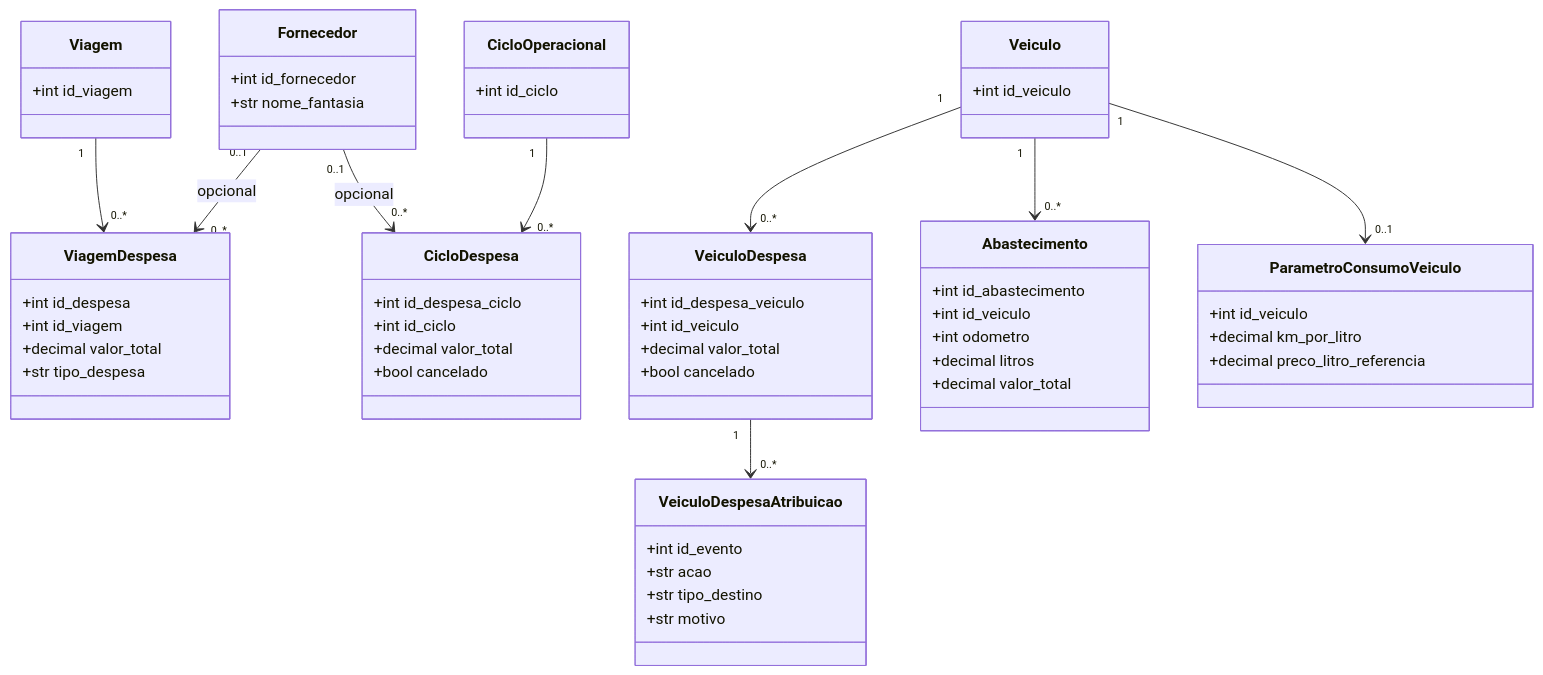
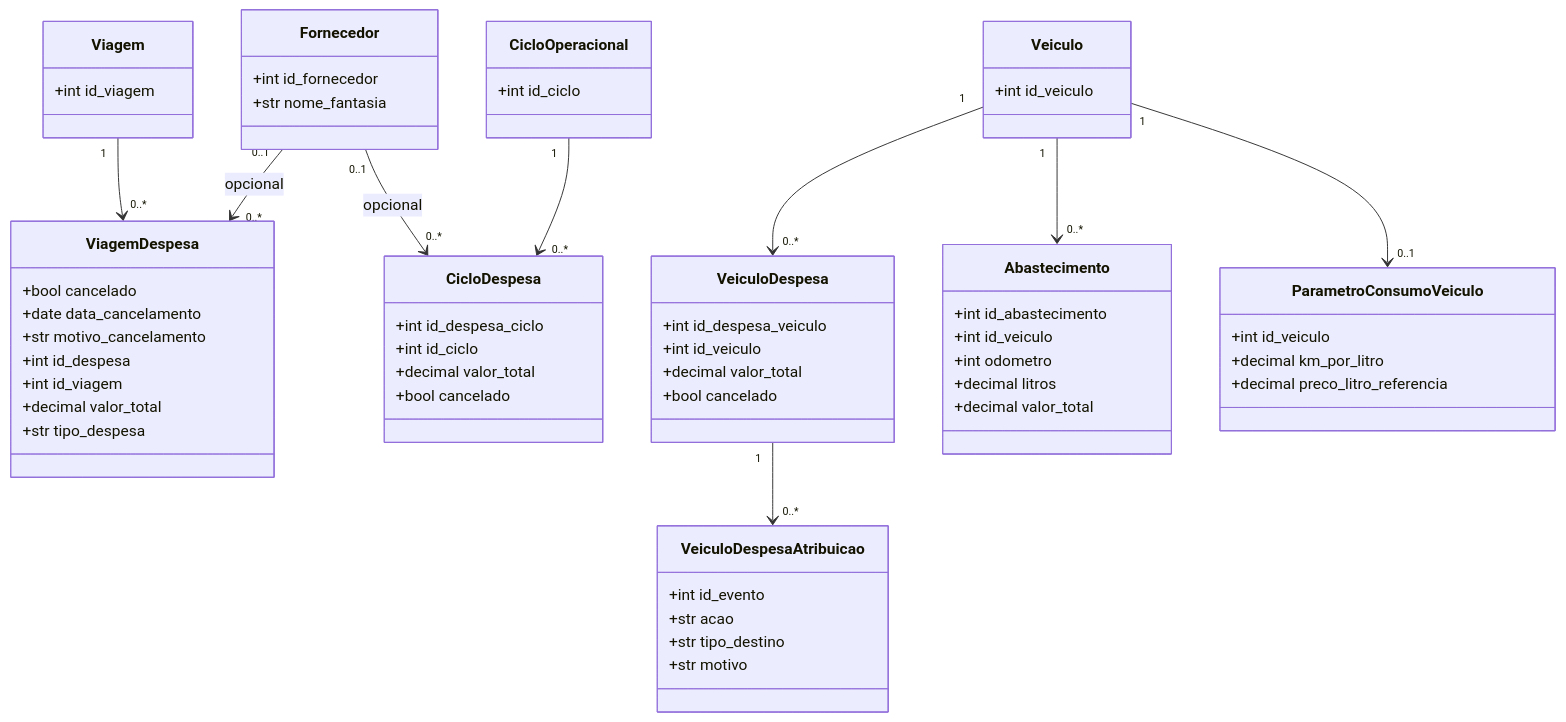
One commit to felpontes98/faeg-logistica-app changed the second of 2 diagrams in docs/diagramas/classes.md. Above: the diagram before and after it, drawn with Mermaid. The commit also changed 33 other files, not shown here.

````diff
--- a/docs/diagramas/classes.md
+++ b/docs/diagramas/classes.md
@@ -87,60 +87,63 @@
 ```mermaid
 classDiagram
     class ViagemDespesa {
+      +bool cancelado
+      +date data_cancelamento
+      +str motivo_cancelamento
       +int id_despesa
       +int id_viagem
       +decimal valor_total
       +str tipo_despesa
     }
     class CicloDespesa {
       +int id_despesa_ciclo
       +int id_ciclo
       +decimal valor_total
       +bool cancelado
     }
     class VeiculoDespesa {
       +int id_despesa_veiculo
       +int id_veiculo
       +decimal valor_total
       +bool cancelado
     }
     class VeiculoDespesaAtribuicao {
       +int id_evento
       +str acao
       +str tipo_destino
       +str motivo
     }
     class Abastecimento {
       +int id_abastecimento
       +int id_veiculo
       +int odometro
       +decimal litros
       +decimal valor_total
     }
     class ParametroConsumoVeiculo {
       +int id_veiculo
       +decimal km_por_litro
       +decimal preco_litro_referencia
     }
     class Fornecedor {
       +int id_fornecedor
       +str nome_fantasia
     }
     class Viagem {
       +int id_viagem
     }
     class CicloOperacional {
       +int id_ciclo
     }
     class Veiculo {
       +int id_veiculo
     }
     Viagem "1" --> "0..*" ViagemDespesa
     CicloOperacional "1" --> "0..*" CicloDespesa
     Veiculo "1" --> "0..*" VeiculoDespesa
     VeiculoDespesa "1" --> "0..*" VeiculoDespesaAtribuicao
     Veiculo "1" --> "0..*" Abastecimento
     Veiculo "1" --> "0..1" ParametroConsumoVeiculo
     Fornecedor "0..1" --> "0..*" ViagemDespesa : opcional
     Fornecedor "0..1" --> "0..*" CicloDespesa : opcional
 ```
````
